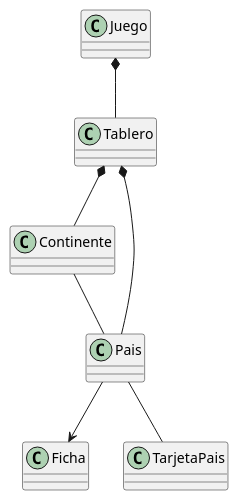
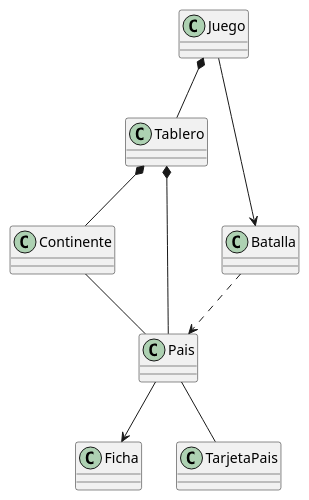
The diagram in src/main/java/edu/fiuba/algo3/modelo/clasesTablero.puml (Cristianfca197/altego), drawn with PlantUML before and after one commit. The commit also changed 3 other files, not shown here.

Commit message:
diagramas clase y secuencia modificados

```diff
--- a/src/main/java/edu/fiuba/algo3/modelo/clasesTablero.puml
+++ b/src/main/java/edu/fiuba/algo3/modelo/clasesTablero.puml
@@ -1,11 +1,14 @@
 @startuml
 
 
 Juego *-- Tablero
 Tablero *-- Continente
 Tablero *--Pais
 Continente-- Pais
 
 Pais --> Ficha
 Pais -- TarjetaPais
+
+Juego --> Batalla
+Batalla ..> Pais
 @enduml
```
